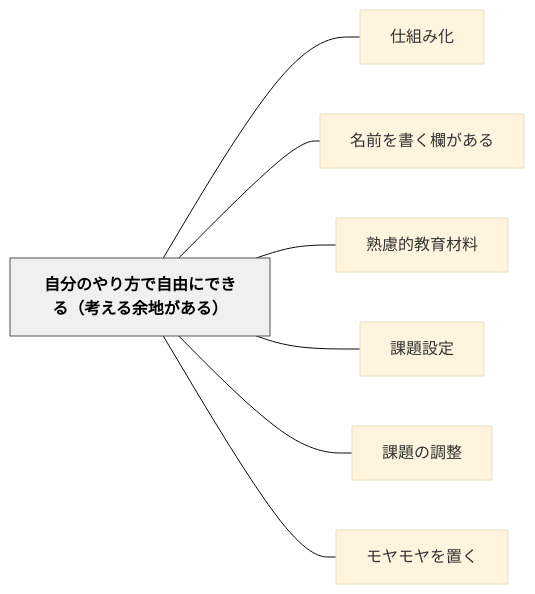
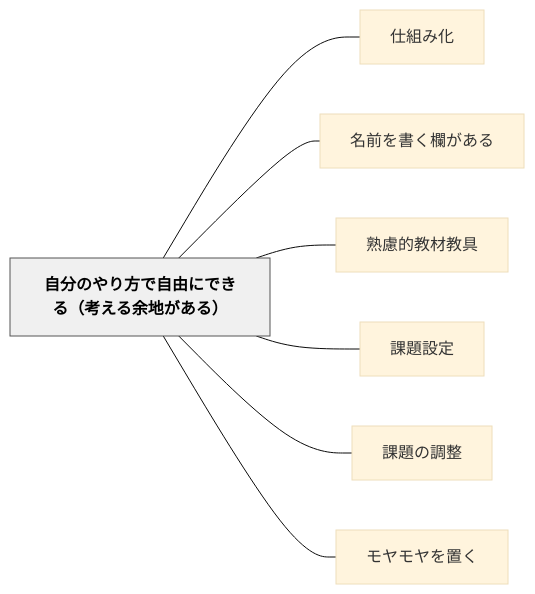
Before and after one commit to unknownthings-ed-patterns/unknownthings-ed-patterns: the diagram in content/パタン/自分のやり方で自由にできる（考える余地がある）.md, drawn with Mermaid (base theme). The commit also changed other lines of this file and 72 other files, not shown here.

````diff
--- a/content/パタン/自分のやり方で自由にできる（考える余地がある）.md
+++ b/content/パタン/自分のやり方で自由にできる（考える余地がある）.md
@@ -48,20 +48,20 @@
 ```mermaid
 flowchart LR
     ne887aae58886e381aee38284e3828ae696b9e381a7e887aae794b1e381abe381a7e3818de3828befbc88e88083e38188e3828be4bd99e59cb0e3818ce38182e3828befbc89["自分のやり方で自由にできる（考える余地がある）"]
     ne4bb95e7b584e381bfe58c96["仕組み化"]
     ne5908de5898de38292e69bb8e3818fe6ac84e3818ce38182e3828b["名前を書く欄がある"]
-    ne7869fe685aee79a84e69599e882b2e69d90e69699["熟慮的教育材料"]
+    ne7869fe685aee79a84e69599e69d90e69599e585b7["熟慮的教材教具"]
     ne8aab2e9a18ce8a8ade5ae9a["課題設定"]
     ne8aab2e9a18ce381aee8aabfe695b4["課題の調整"]
     ne383a2e383a4e383a2e383a4e38292e7bdaee3818f["モヤモヤを置く"]
 
     ne887aae58886e381aee38284e3828ae696b9e381a7e887aae794b1e381abe381a7e3818de3828befbc88e88083e38188e3828be4bd99e59cb0e3818ce38182e3828befbc89 --- ne4bb95e7b584e381bfe58c96
     ne887aae58886e381aee38284e3828ae696b9e381a7e887aae794b1e381abe381a7e3818de3828befbc88e88083e38188e3828be4bd99e59cb0e3818ce38182e3828befbc89 --- ne5908de5898de38292e69bb8e3818fe6ac84e3818ce38182e3828b
-    ne887aae58886e381aee38284e3828ae696b9e381a7e887aae794b1e381abe381a7e3818de3828befbc88e88083e38188e3828be4bd99e59cb0e3818ce38182e3828befbc89 --- ne7869fe685aee79a84e69599e882b2e69d90e69699
+    ne887aae58886e381aee38284e3828ae696b9e381a7e887aae794b1e381abe381a7e3818de3828befbc88e88083e38188e3828be4bd99e59cb0e3818ce38182e3828befbc89 --- ne7869fe685aee79a84e69599e69d90e69599e585b7
     ne887aae58886e381aee38284e3828ae696b9e381a7e887aae794b1e381abe381a7e3818de3828befbc88e88083e38188e3828be4bd99e59cb0e3818ce38182e3828befbc89 --- ne8aab2e9a18ce8a8ade5ae9a
     ne887aae58886e381aee38284e3828ae696b9e381a7e887aae794b1e381abe381a7e3818de3828befbc88e88083e38188e3828be4bd99e59cb0e3818ce38182e3828befbc89 --- ne8aab2e9a18ce381aee8aabfe695b4
     ne887aae58886e381aee38284e3828ae696b9e381a7e887aae794b1e381abe381a7e3818de3828befbc88e88083e38188e3828be4bd99e59cb0e3818ce38182e3828befbc89 --- ne383a2e383a4e383a2e383a4e38292e7bdaee3818f
 
     classDef hub fill:#f0f0f0,stroke:#555,color:#000,font-weight:bold
     class ne887aae58886e381aee38284e3828ae696b9e381a7e887aae794b1e381abe381a7e3818de3828befbc88e88083e38188e3828be4bd99e59cb0e3818ce38182e3828befbc89 hub
 ```
````
